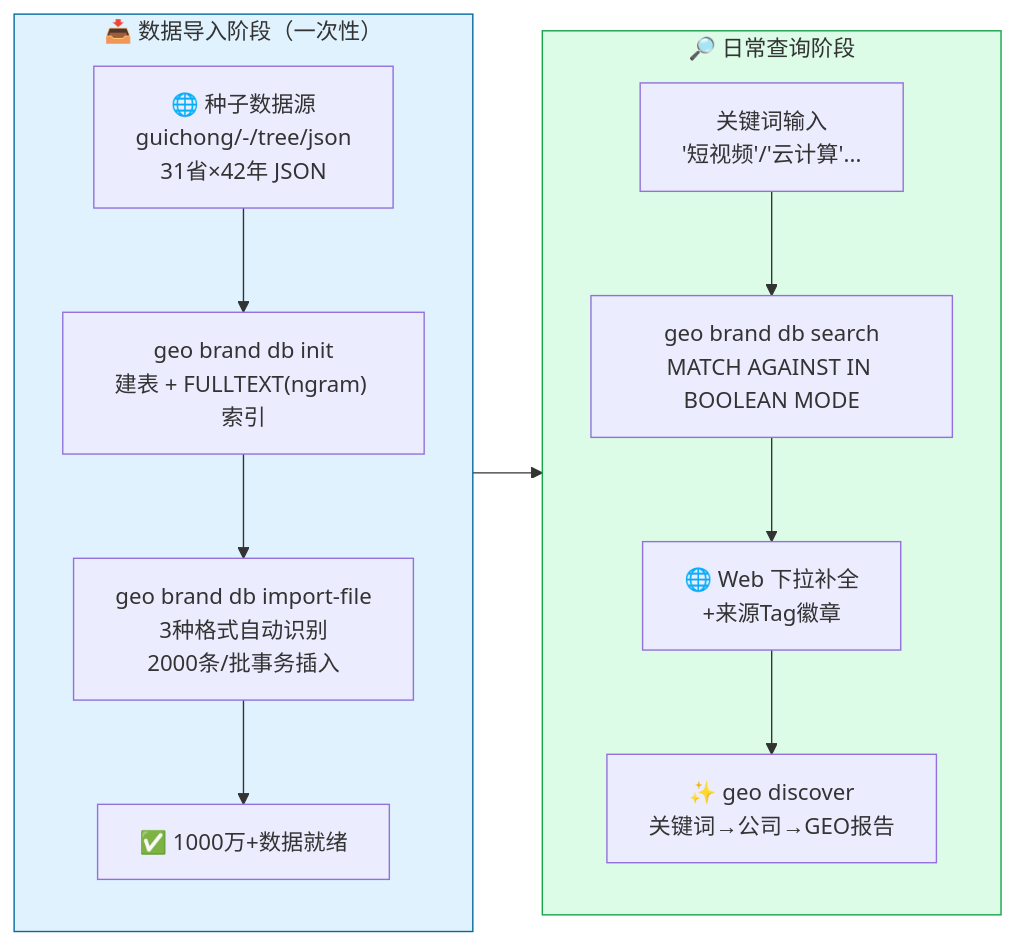
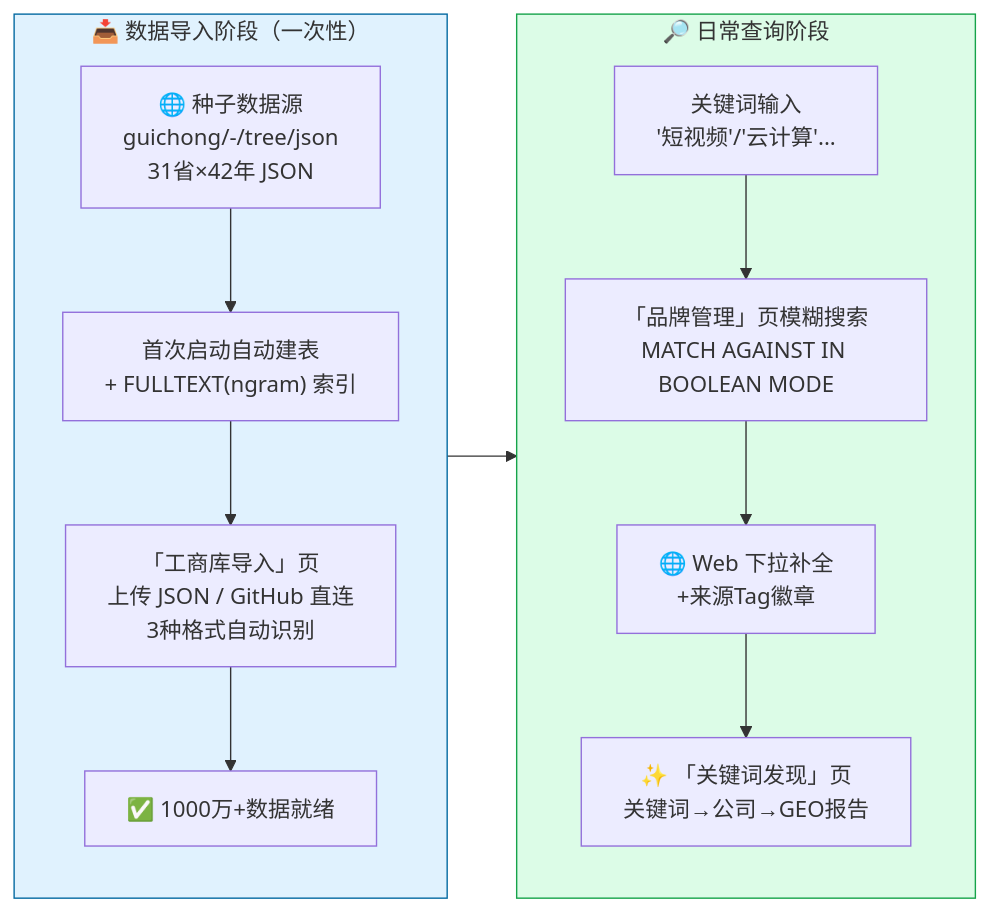
One commit to deep2code/geo changed diagram 22 of 29 in docs/getting-started.md. Above: the diagram before and after it, drawn with Mermaid. The commit also changed other lines of this file and 48 other files, not shown here.

````diff
--- a/docs/getting-started.md
+++ b/docs/getting-started.md
@@ -729,22 +719,22 @@
 ```mermaid
 flowchart LR
     subgraph INGEST["📥 数据导入阶段（一次性）"]
         direction TB
         SRC["🌐 种子数据源<br/>guichong/-/tree/json<br/>31省×42年 JSON"]
-        SRC --> INIT["geo brand db init<br/>建表 + FULLTEXT(ngram) 索引"]
-        INIT --> IMP["geo brand db import-file<br/>3种格式自动识别<br/>2000条/批事务插入"]
+        SRC --> INIT["首次启动自动建表<br/>+ FULLTEXT(ngram) 索引"]
+        INIT --> IMP["「工商库导入」页<br/>上传 JSON / GitHub 直连<br/>3种格式自动识别"]
         IMP --> READY["✅ 1000万+数据就绪"]
     end
 
     subgraph USAGE["🔎 日常查询阶段"]
         direction TB
-        QRY["关键词输入<br/>'短视频'/'云计算'..."] --> SEARCH["geo brand db search<br/>MATCH AGAINST IN BOOLEAN MODE"]
+        QRY["关键词输入<br/>'短视频'/'云计算'..."] --> SEARCH["「品牌管理」页模糊搜索<br/>MATCH AGAINST IN BOOLEAN MODE"]
         SEARCH --> AUTO["🌐 Web 下拉补全<br/>+来源Tag徽章"]
-        AUTO --> DISCOVER["✨ geo discover<br/>关键词→公司→GEO报告"]
+        AUTO --> DISCOVER["✨ 「关键词发现」页<br/>关键词→公司→GEO报告"]
     end
 
     INGEST --> USAGE
 
     style INGEST fill:#e0f2fe,stroke:#0369a1
     style USAGE fill:#dcfce7,stroke:#16a34a
 ```
````
